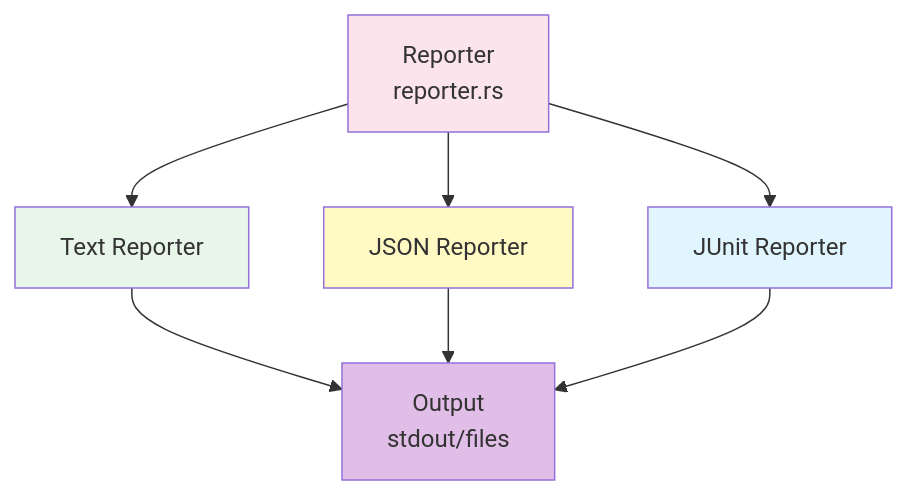
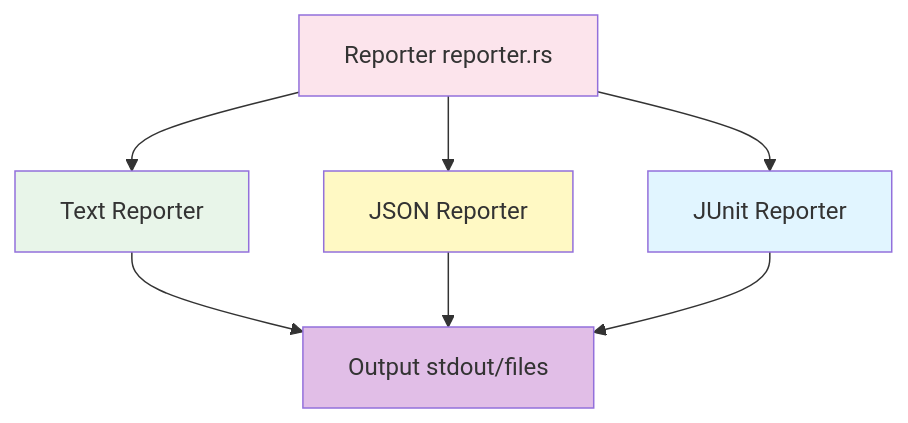
One commit to softwarewrighter/ui-test-rs changed the first of 14 diagrams in wiki/Reporter.md. Above: the diagram before and after it, drawn with Mermaid. The commit also changed other lines of this file and 10 other files, not shown here.

First line of the commit message:
Fix wiki Mermaid diagrams: remove <br/> tags

````diff
--- a/wiki/Reporter.md
+++ b/wiki/Reporter.md
@@ -7,22 +7,22 @@
 ```mermaid
 flowchart TB
-    Reporter[Reporter<br/>reporter.rs]
+    Reporter[Reporter reporter.rs]
     Text[Text Reporter]
     Json[JSON Reporter]
     Junit[JUnit Reporter]
-    Output[Output<br/>stdout/files]
+    Output[Output stdout/files]
 
     Reporter --> Text
     Reporter --> Json
     Reporter --> Junit
 
     Text --> Output
     Json --> Output
     Junit --> Output
 
     style Reporter fill:#fce4ec
     style Text fill:#e8f5e9
     style Json fill:#fff9c4
     style Junit fill:#e1f5ff
     style Output fill:#e1bee7
 ```
````
